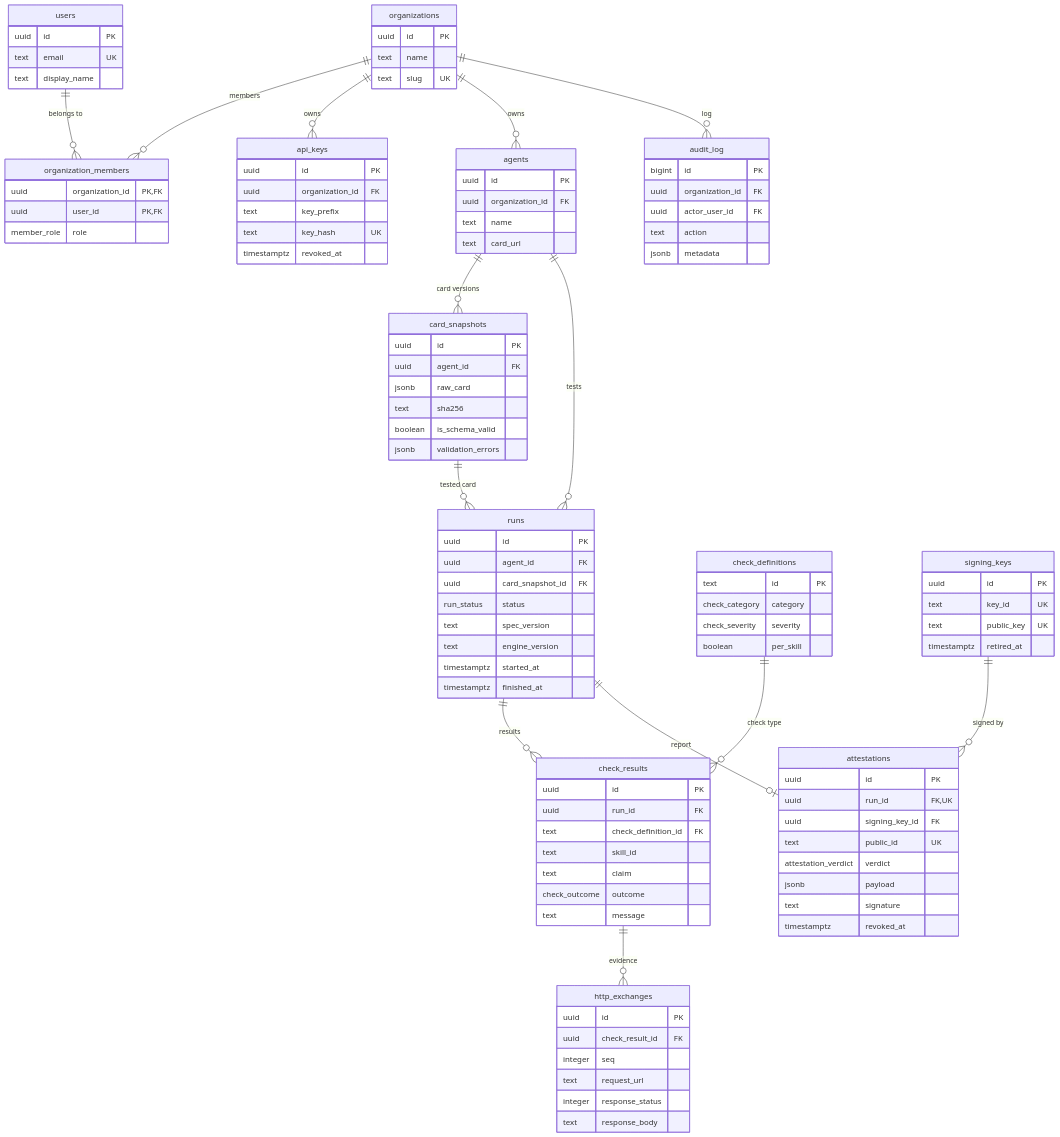
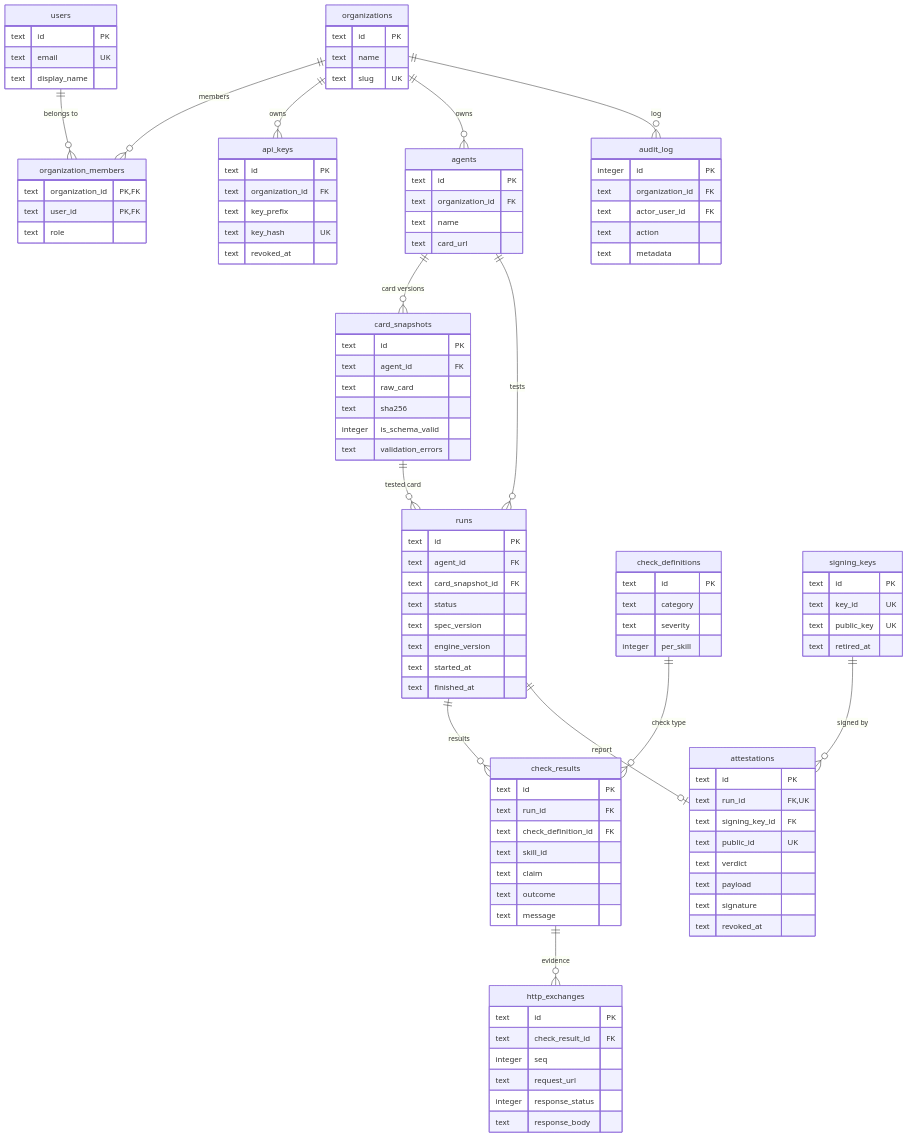
One commit to Suncly-Tech/Suncly changed the first of 2 diagrams in db/README.md. Above: the diagram before and after it, drawn with Mermaid. The commit also changed other lines of this file and 4 other files, not shown here.

Commit message:
Switch docs and schema from Postgres to Cloudflare D1

````diff
--- a/db/README.md
+++ b/db/README.md
@@ -46,95 +67,95 @@
     organizations ||--o{ audit_log : "log"
 
     organizations {
-        uuid id PK
+        text id PK
         text name
         text slug UK
     }
     users {
-        uuid id PK
+        text id PK
         text email UK
         text display_name
     }
     organization_members {
-        uuid organization_id PK, FK
-        uuid user_id PK, FK
-        member_role role
+        text organization_id PK, FK
+        text user_id PK, FK
+        text role
     }
     api_keys {
-        uuid id PK
-        uuid organization_id FK
+        text id PK
+        text organization_id FK
         text key_prefix
         text key_hash UK
-        timestamptz revoked_at
+        text revoked_at
     }
     agents {
-        uuid id PK
-        uuid organization_id FK
+        text id PK
+        text organization_id FK
         text name
         text card_url
     }
     card_snapshots {
-        uuid id PK
-        uuid agent_id FK
-        jsonb raw_card
+        text id PK
+        text agent_id FK
+        text raw_card
         text sha256
-        boolean is_schema_valid
-        jsonb validation_errors
+        integer is_schema_valid
+        text validation_errors
     }
     check_definitions {
         text id PK
-        check_category category
-        check_severity severity
-        boolean per_skill
+        text category
+        text severity
+        integer per_skill
     }
     runs {
-        uuid id PK
-        uuid agent_id FK
-        uuid card_snapshot_id FK
-        run_status status
+        text id PK
+        text agent_id FK
+        text card_snapshot_id FK
+        text status
         text spec_version
         text engine_version
-        timestamptz started_at
-        timestamptz finished_at
+        text started_at
+        text finished_at
     }
     check_results {
-        uuid id PK
-        uuid run_id FK
+        text id PK
+        text run_id FK
         text check_definition_id FK
         text skill_id
         text claim
-        check_outcome outcome
+        text outcome
         text message
     }
     http_exchanges {
-        uuid id PK
-        uuid check_result_id FK
+        text id PK
+        text check_result_id FK
         integer seq
         text request_url
         integer response_status
         text response_body
     }
     signing_keys {
-        uuid id PK
+        text id PK
         text key_id UK
         text public_key UK
-        timestamptz retired_at
+        text retired_at
     }
     attestations {
-        uuid id PK
-        uuid run_id FK, UK
-        uuid signing_key_id FK
+        text id PK
+        text run_id FK, UK
+        text signing_key_id FK
         text public_id UK
-        attestation_verdict verdict
-        jsonb payload
+        text verdict
+        text payload
         text signature
-        timestamptz revoked_at
+        text revoked_at
     }
     audit_log {
-        bigint id PK
-        uuid organization_id FK
-        uuid actor_user_id FK
+        integer id PK
+        text organization_id FK
+        text actor_user_id FK
         text action
-        jsonb metadata
+        text metadata
     }
 ```
````
